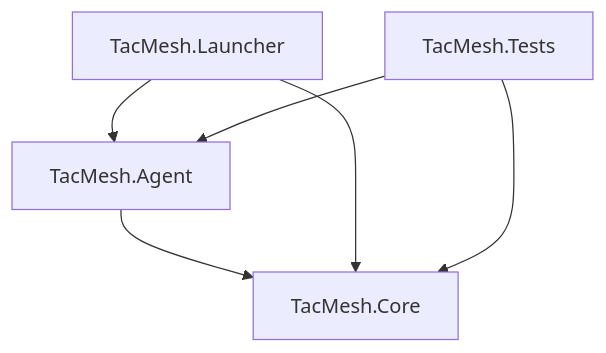
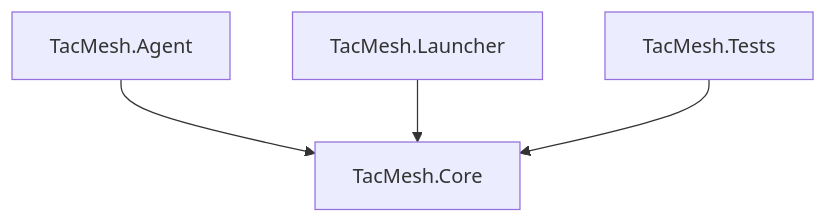
Before and after one commit to ilyabeg/TACMESH: the diagram in docs/architecture.md, drawn with Mermaid. The commit also changed other lines of this file and 27 other files, not shown here.

````diff
--- a/docs/architecture.md
+++ b/docs/architecture.md
@@ -52,16 +52,14 @@
 ```mermaid
 graph TD
    %% Core Project (Independent)
    Core[TacMesh.Core]
 
    %% Agent Dependencies
    Agent[TacMesh.Agent] --> Core
    
    %% Launcher Dependencies
    Launcher[TacMesh.Launcher] --> Core
-   Launcher[TacMesh.Launcher] --> Agent
 
    %% Tests Dependencies
    Tests[TacMesh.Tests] --> Core
-   Tests[TacMesh.Tests] --> Agent
 ```
````
